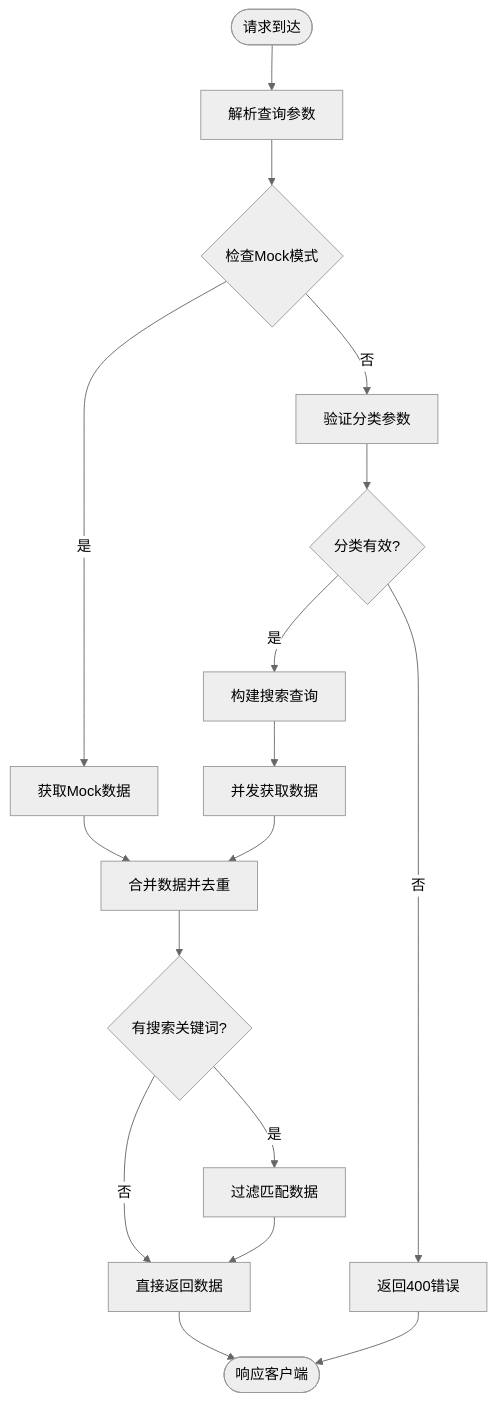
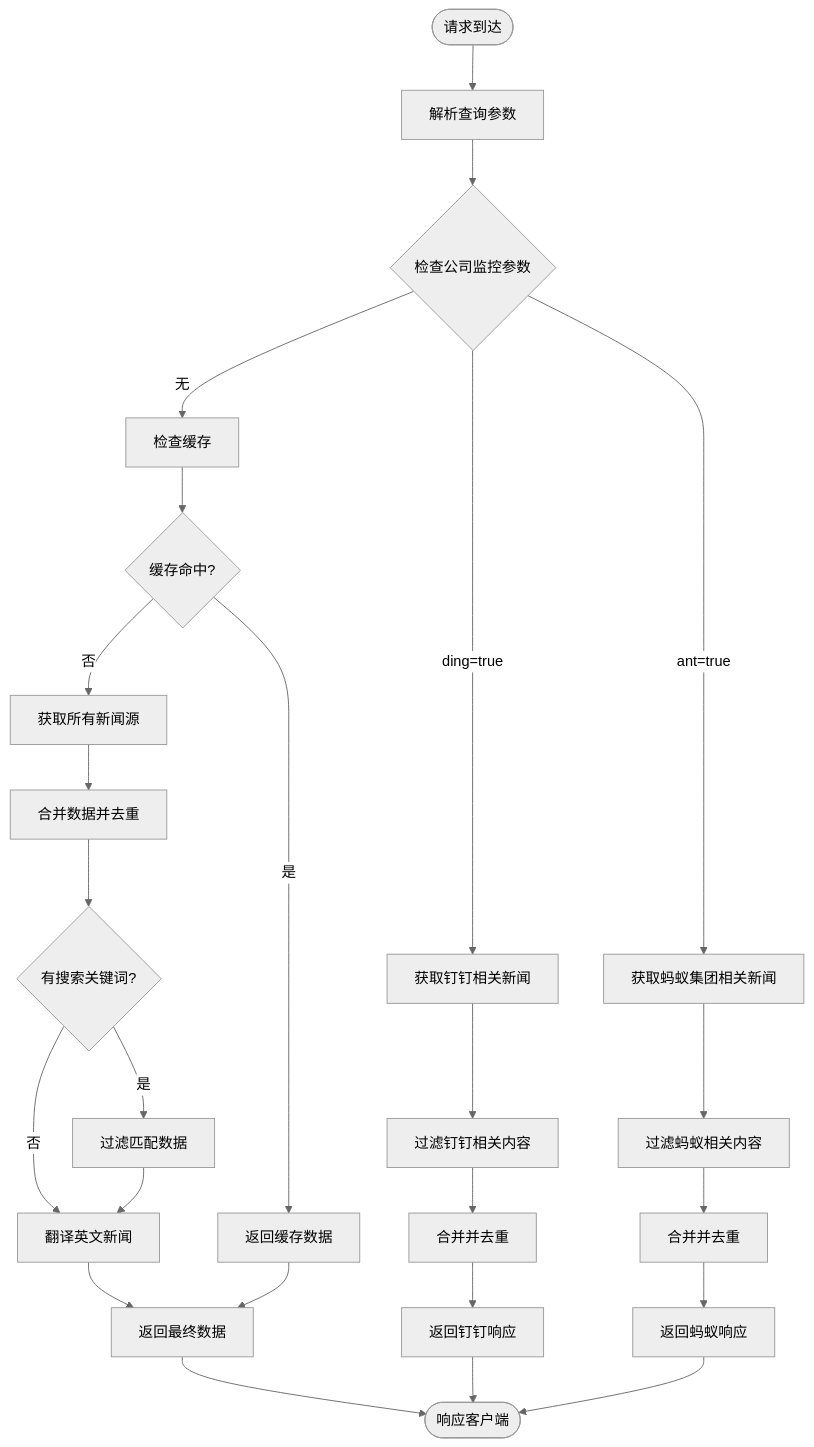
The third of 5 diagrams in .qoder/repowiki/zh/content/API接口文档.md (zuozuoliu740-cmd/xianxiong-news), drawn with Mermaid (neutral theme) before and after one commit. The commit also changed other lines of this file and 11 other files, not shown here.

````diff
--- a/.qoder/repowiki/zh/content/API接口文档.md
+++ b/.qoder/repowiki/zh/content/API接口文档.md
@@ -164,19 +213,27 @@
 ```mermaid
 flowchart TD
 Start([请求到达]) --> ParseParams["解析查询参数"]
-ParseParams --> CheckMock{"检查Mock模式"}
-CheckMock --> |是| GetMock["获取Mock数据"]
-CheckMock --> |否| ValidateCat["验证分类参数"]
-ValidateCat --> CatValid{"分类有效?"}
-CatValid --> |否| ReturnError["返回400错误"]
-CatValid --> |是| BuildQuery["构建搜索查询"]
-GetMock --> MergeData["合并数据并去重"]
-BuildQuery --> ParallelFetch["并发获取数据"]
-ParallelFetch --> MergeData
+ParseParams --> CheckCompany{"检查公司监控参数"}
+CheckCompany --> |ding=true| GetDingNews["获取钉钉相关新闻"]
+CheckCompany --> |ant=true| GetAntNews["获取蚂蚁集团相关新闻"]
+CheckCompany --> |无| CheckCache["检查缓存"]
+GetDingNews --> FilterDing["过滤钉钉相关内容"]
+FilterDing --> MergeDing["合并并去重"]
+MergeDing --> ReturnDing["返回钉钉响应"]
+GetAntNews --> FilterAnt["过滤蚂蚁相关内容"]
+FilterAnt --> MergeAnt["合并并去重"]
+MergeAnt --> ReturnAnt["返回蚂蚁响应"]
+CheckCache --> CacheHit{"缓存命中?"}
+CacheHit --> |是| ReturnCache["返回缓存数据"]
+CacheHit --> |否| FetchSources["获取所有新闻源"]
+FetchSources --> MergeData["合并数据并去重"]
 MergeData --> ApplyFilter{"有搜索关键词?"}
 ApplyFilter --> |是| FilterData["过滤匹配数据"]
-ApplyFilter --> |否| ReturnData["直接返回数据"]
-FilterData --> ReturnData
+ApplyFilter --> |否| TranslateNews["翻译英文新闻"]
+FilterData --> TranslateNews
+TranslateNews --> ReturnData["返回最终数据"]
+ReturnCache --> ReturnData
 ReturnData --> End([响应客户端])
-ReturnError --> End
+ReturnDing --> End
+ReturnAnt --> End
 ```
````
